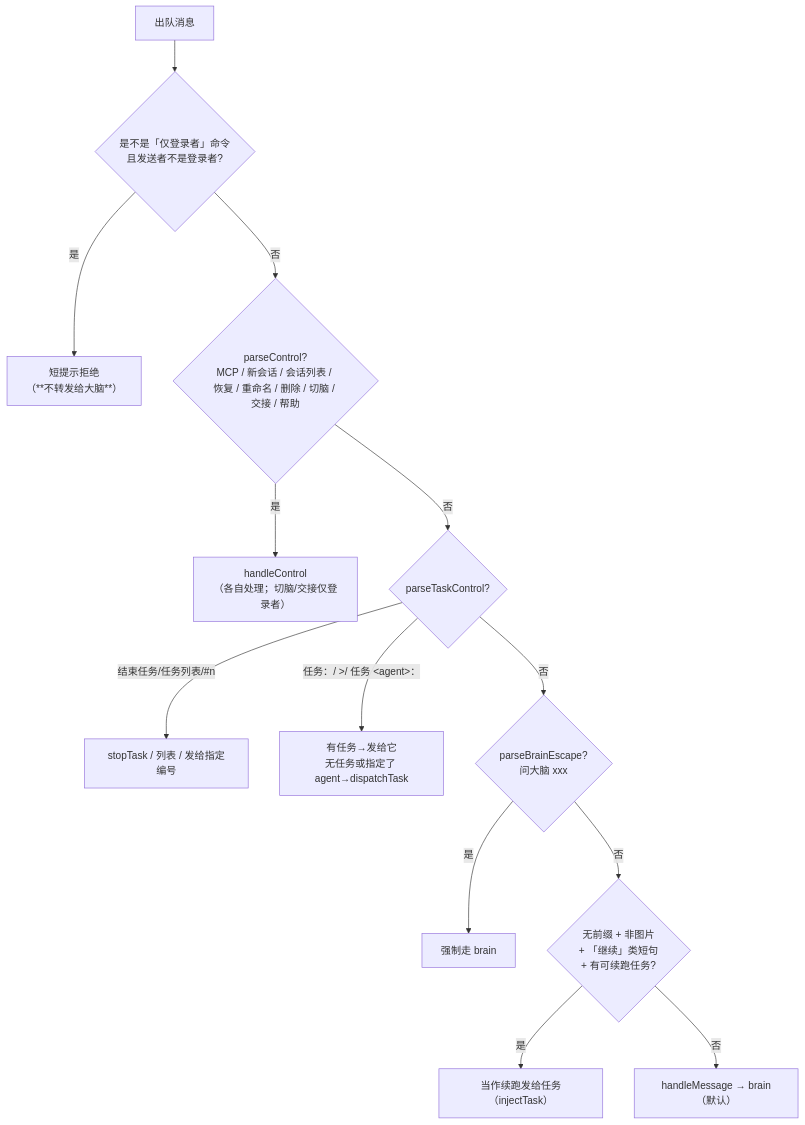
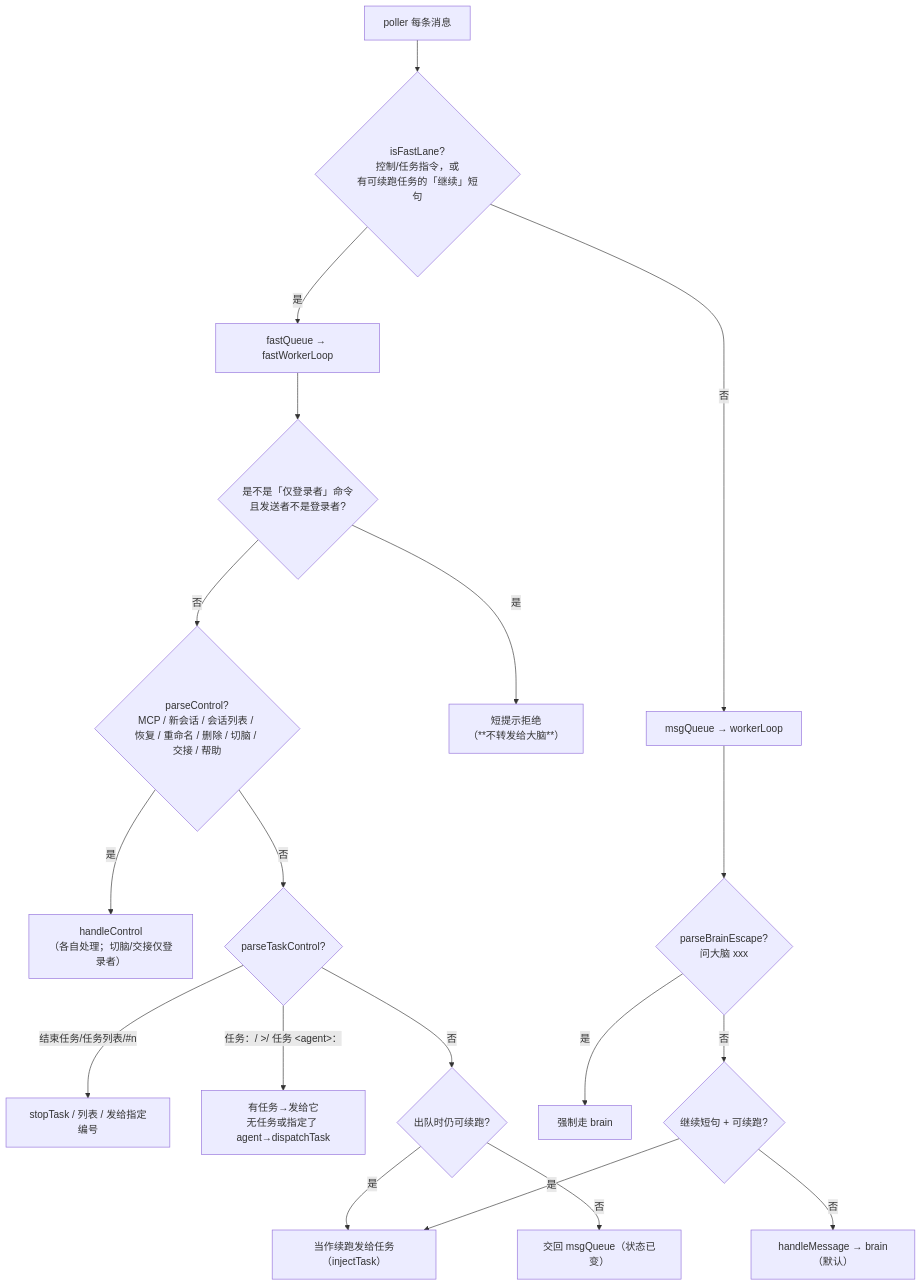
Before and after one commit to imwangpan/WeMind: the second of 4 diagrams in docs/repowiki/05-daemon.md, drawn with Mermaid. The commit also changed other lines of this file and 8 other files, not shown here.

````diff
--- a/docs/repowiki/05-daemon.md
+++ b/docs/repowiki/05-daemon.md
@@ -95,15 +109,21 @@
 ```mermaid
 graph TD
-    M["出队消息"] --> C0{"是不是「仅登录者」命令<br/>且发送者不是登录者?"}
+    M["poller 每条消息"] --> L{"isFastLane?<br/>控制/任务指令，或<br/>有可续跑任务的「继续」短句"}
+    L -->|是| FQ["fastQueue → fastWorkerLoop"]
+    L -->|否| BQ["msgQueue → workerLoop"]
+    FQ --> C0{"是不是「仅登录者」命令<br/>且发送者不是登录者?"}
     C0 -->|是| H0["短提示拒绝<br/>（**不转发给大脑**）"]
     C0 -->|否| C1{"parseControl?<br/>MCP / 新会话 / 会话列表 / 恢复 / 重命名 / 删除 / 切脑 / 交接 / 帮助"}
     C1 -->|是| H1["handleControl<br/>（各自处理；切脑/交接仅登录者）"]
     C1 -->|否| C2{"parseTaskControl?"}
     C2 -->|结束任务/任务列表/#n| H2["stopTask / 列表 / 发给指定编号"]
     C2 -->|任务：/ &gt;/ 任务 &lt;agent&gt;：| H3["有任务→发给它<br/>无任务或指定了 agent→dispatchTask"]
-    C2 -->|否| C3{"parseBrainEscape?<br/>问大脑 xxx"}
+    C2 -->|否| C4{"出队时仍可续跑?"}
+    C4 -->|是| H5["当作续跑发给任务（injectTask）"]
+    C4 -->|否| BQ2["交回 msgQueue（状态已变）"]
+    BQ --> C3{"parseBrainEscape?<br/>问大脑 xxx"}
     C3 -->|是| H4["强制走 brain"]
-    C3 -->|否| C4{"无前缀 + 非图片<br/>+ 「继续」类短句<br/>+ 有可续跑任务?"}
-    C4 -->|是| H5["当作续跑发给任务（injectTask）"]
-    C4 -->|否| H6["handleMessage → brain（默认）"]
+    C3 -->|否| C4B{"继续短句 + 可续跑?"}
+    C4B -->|是| H5
+    C4B -->|否| H6["handleMessage → brain（默认）"]
 ```
````
